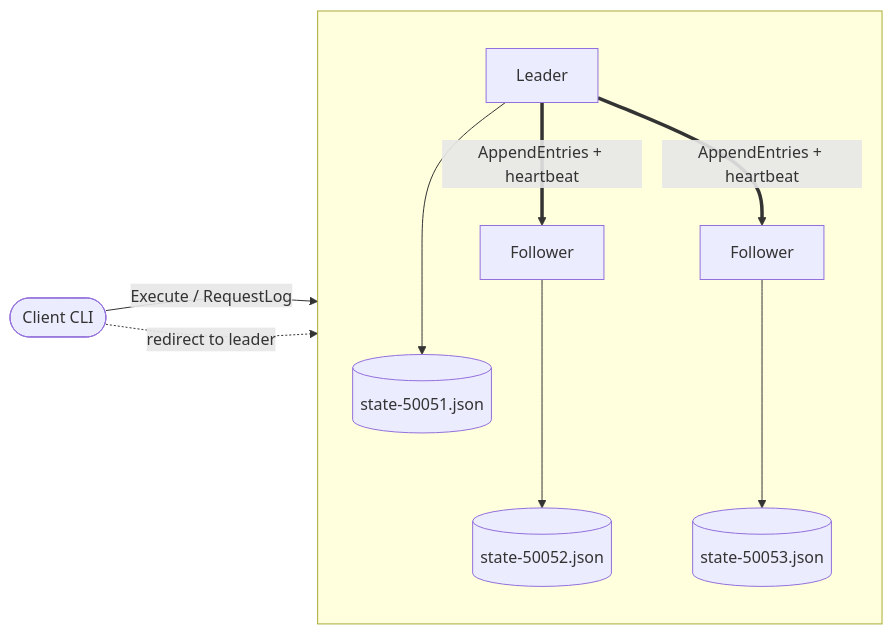
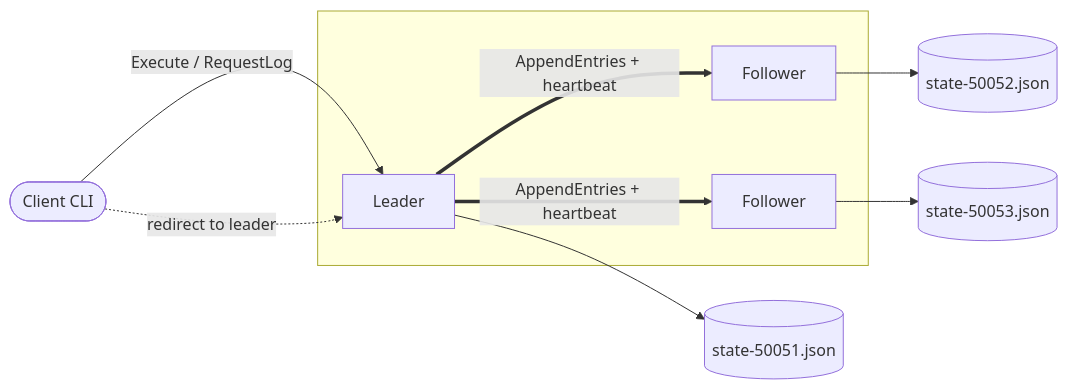
The diagram in README.md (brii26/kvraft-rs), drawn with Mermaid before and after one commit. The commit also changed 1 other file, not shown here.

Commit message:
chore: ignore unhandled.md

````diff
--- a/README.md
+++ b/README.md
@@ -29,21 +29,20 @@
 ```mermaid
 flowchart LR
     Client([Client CLI])
 
+    Client -->|Execute / RequestLog| Leader
+    Client -.->|redirect to leader| Leader
+
     subgraph Cluster [ ]
-        direction TB
         Leader[Leader]
         F1[Follower]
         F2[Follower]
-
-        Leader ---> LS[(state-50051.json)]
-        F1 ---> S1[(state-50052.json)]
-        F2 ---> S2[(state-50053.json)]
     end
-
-    Client -->|Execute / RequestLog| Leader
-    Client -.->|redirect to leader| Leader
 
     Leader ==>|AppendEntries + heartbeat| F1
     Leader ==>|AppendEntries + heartbeat| F2
+
+    Leader --> LS[(state-50051.json)]
+    F1 --> S1[(state-50052.json)]
+    F2 --> S2[(state-50053.json)]
 ```
````
